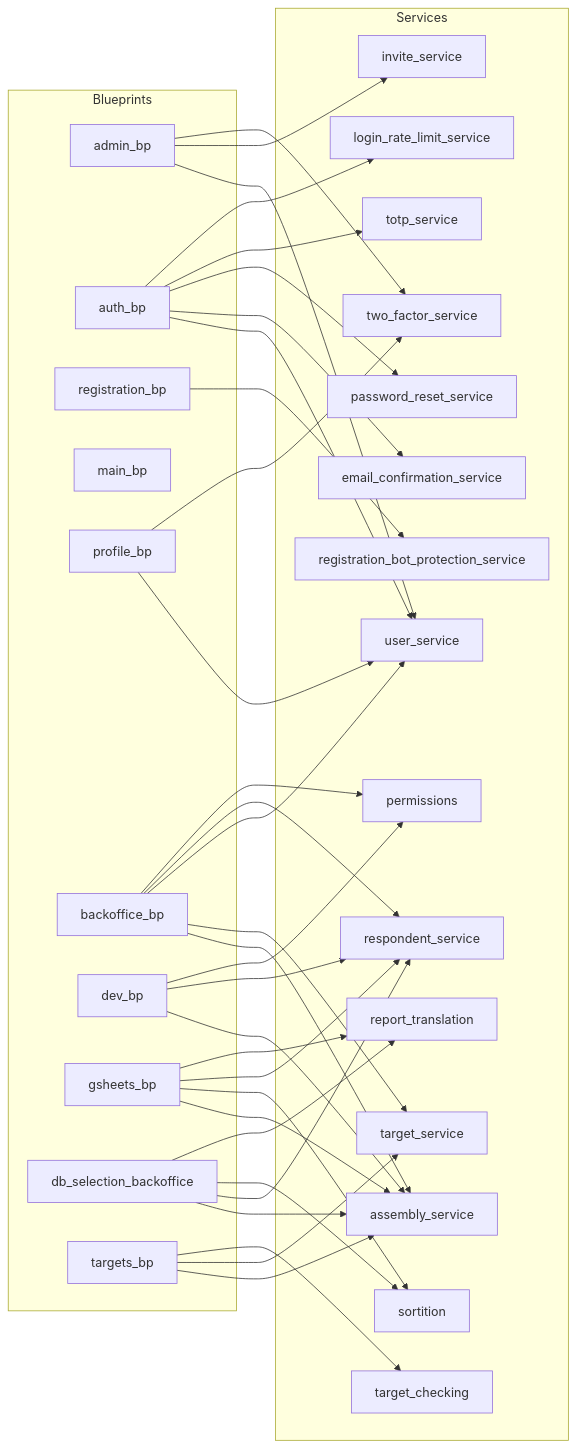
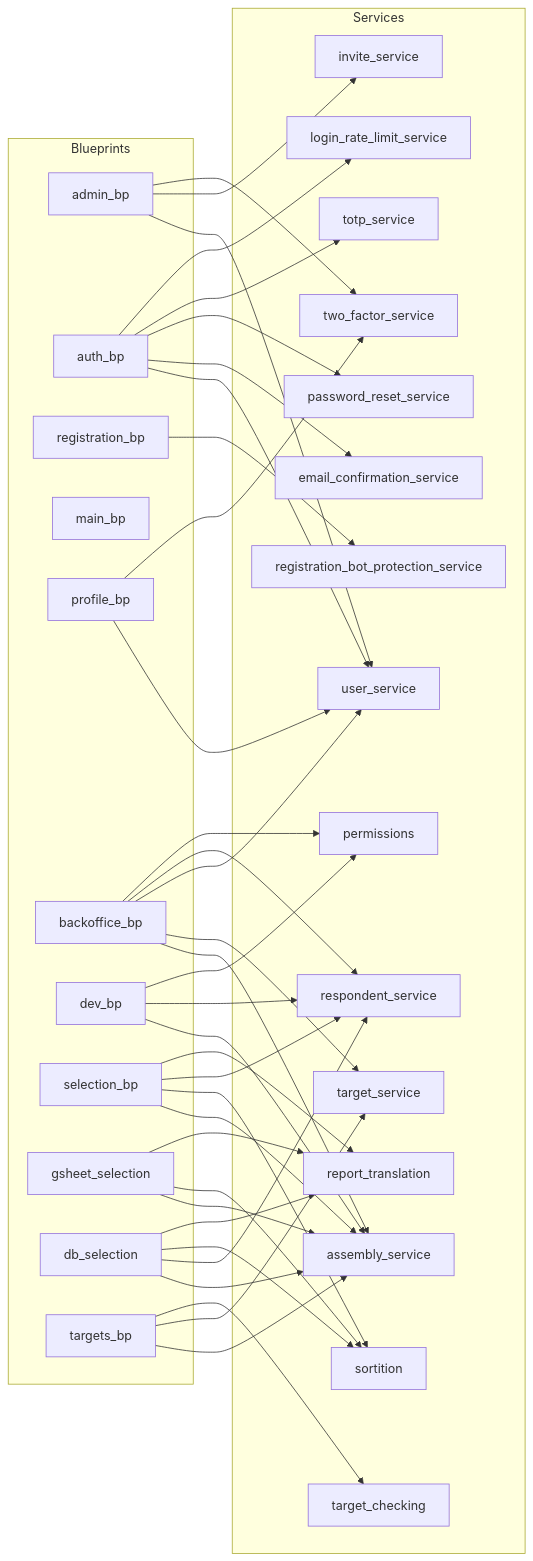
Before and after one commit to sortitionfoundation/opendlp: the third of 3 diagrams in backend/docs/architecture.md, drawn with Mermaid. The commit also changed other lines of this file and 4 other files, not shown here.

Commit message:
docs: name the selection, gsheet_selection and db_selection blueprints

````diff
--- a/backend/docs/architecture.md
+++ b/backend/docs/architecture.md
@@ -394,45 +395,47 @@
 ```mermaid
 flowchart LR
     subgraph BPs["Blueprints"]
         admin_bp
         auth_bp
         registration_bp
         main_bp
         profile_bp
         backoffice_bp
         dev_bp
-        gsheets_bp
-        db_sel_bo[db_selection_backoffice]
+        selection_bp
+        gsheet_sel_bp[gsheet_selection]
+        db_sel_bp[db_selection]
         targets_bp
     end
 
     subgraph Svc["Services"]
         assembly_svc[assembly_service]
         user_svc[user_service]
         respondent_svc[respondent_service]
         sortition_svc[sortition]
         invite_svc[invite_service]
         two_factor_svc[two_factor_service]
         email_confirm_svc[email_confirmation_service]
         password_reset_svc[password_reset_service]
         totp_svc[totp_service]
         login_rate_svc[login_rate_limit_service]
         reg_bot_svc[registration_bot_protection_service]
         permissions_svc[permissions]
         target_check_svc[target_checking]
         target_svc[target_service]
         report_xl[report_translation]
     end
 
     admin_bp --> user_svc & invite_svc & two_factor_svc
     auth_bp --> user_svc & email_confirm_svc & password_reset_svc & totp_svc & login_rate_svc
     registration_bp --> reg_bot_svc
     profile_bp --> user_svc & two_factor_svc
     backoffice_bp --> assembly_svc & target_svc & user_svc & respondent_svc & permissions_svc
     dev_bp --> assembly_svc & respondent_svc & permissions_svc
 
-    gsheets_bp --> assembly_svc & sortition_svc & respondent_svc & report_xl
-    db_sel_bo --> assembly_svc & respondent_svc & sortition_svc & report_xl
+    selection_bp --> assembly_svc & sortition_svc & respondent_svc & report_xl
+    gsheet_sel_bp --> assembly_svc & sortition_svc & report_xl
+    db_sel_bp --> assembly_svc & respondent_svc & sortition_svc & report_xl
     targets_bp --> assembly_svc & target_svc & target_check_svc
 
 ```
````
